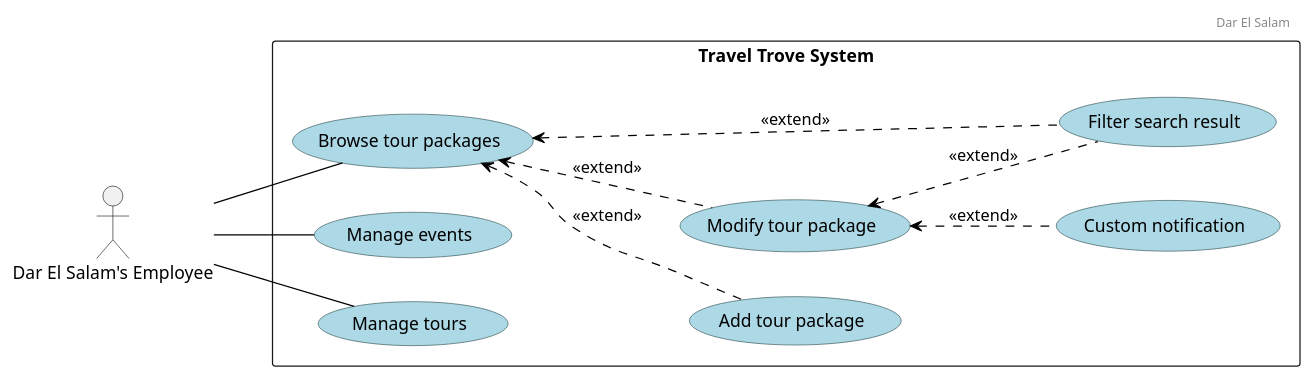
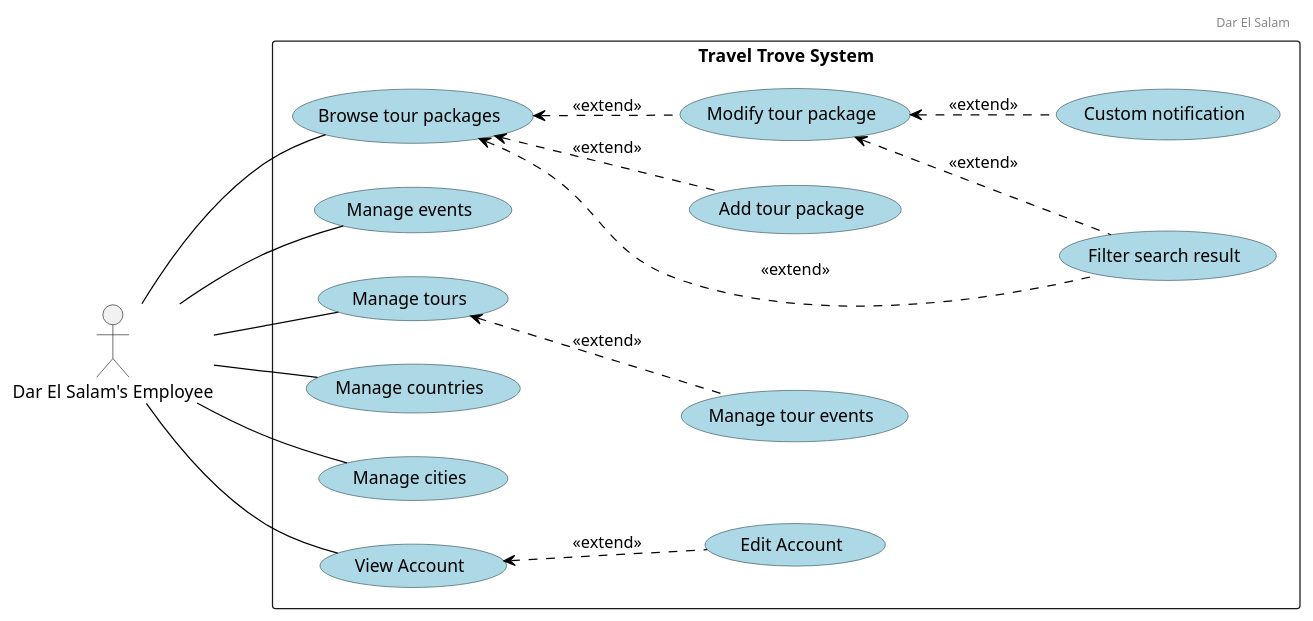
The diagram in diagrams/use cases/Employee.puml (Hares-2088/TravelTrove), drawn with PlantUML before and after one commit. The commit also changed 2 other files, not shown here.

Commit message:
Sprint 1 entities use case diagram

```diff
--- a/diagrams/use cases/Employee.puml
+++ b/diagrams/use cases/Employee.puml
@@ -1,42 +1,49 @@
 @startuml
 left to right direction
 
 ' Add a header with left alignment
 header
 Dar El Salam
 endheader
 
 ' Custom skin parameters for use cases
 skinparam usecase {
     BackgroundColor lightblue
     BorderColor DarkSlateGray
     ArrowColor Black
 }
 
 actor "Dar El Salam's Employee" as Employee
 
 rectangle "Travel Trove System" {
 
     usecase "Browse tour packages"
     usecase "Add tour package"
     usecase "Modify tour package"
     usecase "Filter search result"
     usecase "Custom notification"
     usecase "Manage events"
     usecase "Manage tours"
+    usecase "Manage countries"
+    usecase "Manage cities"
+    usecase "Manage tour events"
+    usecase "View Account"
+    usecase "Edit Account"
 
 }
 Employee -- "Browse tour packages"
 Employee -- "Manage events"
 Employee -- "Manage tours"
+Employee -- "Manage countries"
+Employee -- "Manage cities"
+Employee -- "View Account"
 "Browse tour packages" <.. "Filter search result" : <<extend>>
 "Browse tour packages" <.. "Add tour package" : <<extend>>
 "Browse tour packages" <.. "Modify tour package" : <<extend>>
 "Modify tour package" <.. "Custom notification" : <<extend>>
 "Modify tour package" <.. "Filter search result" : <<extend>>
-
-
-
+"Manage tours" <.. "Manage tour events" : <<extend>>
+"View Account" <.. "Edit Account" : <<extend>>
 
 
 @enduml
```
